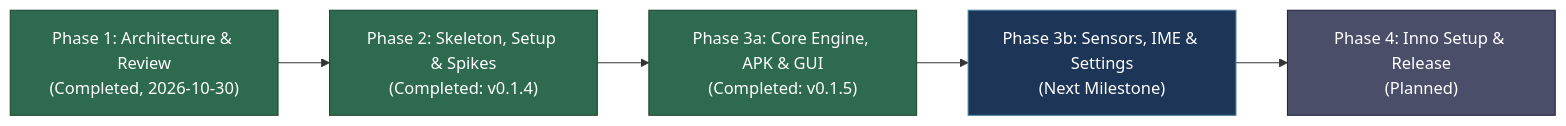
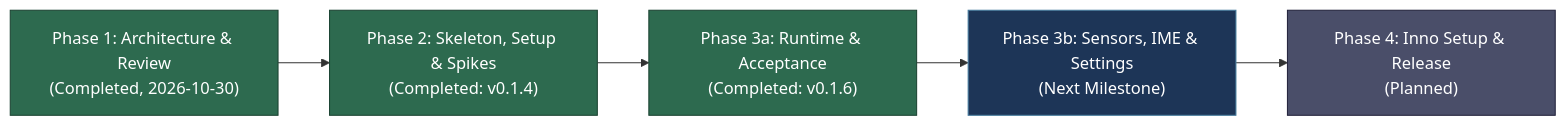
Before and after one commit to OrcusExtreme/Orcus_APK_Emulator: the diagram in README.md, drawn with Mermaid. The commit also changed other lines of this file and 22 other files, not shown here.

````diff
--- a/README.md
+++ b/README.md
@@ -86,12 +86,12 @@
 ```mermaid
 flowchart LR
     A["Phase 1: Architecture & Review<br/>(Completed, 2026-10-30)"] --> B["Phase 2: Skeleton, Setup & Spikes<br/>(Completed: v0.1.4)"]
-    B --> C["Phase 3a: Core Engine, APK & GUI<br/>(Completed: v0.1.5)"]
+    B --> C["Phase 3a: Runtime & Acceptance<br/>(Completed: v0.1.6)"]
     C --> D["Phase 3b: Sensors, IME & Settings<br/>(Next Milestone)"]
     D --> E["Phase 4: Inno Setup & Release<br/>(Planned)"]
     style A fill:#2d6a4f,stroke:#1b4332,color:#fff
     style B fill:#2d6a4f,stroke:#1b4332,color:#fff
     style C fill:#2d6a4f,stroke:#1b4332,color:#fff
     style D fill:#1d3557,stroke:#457b9d,color:#fff
     style E fill:#4a4e69,stroke:#22223b,color:#fff
 ```
````
